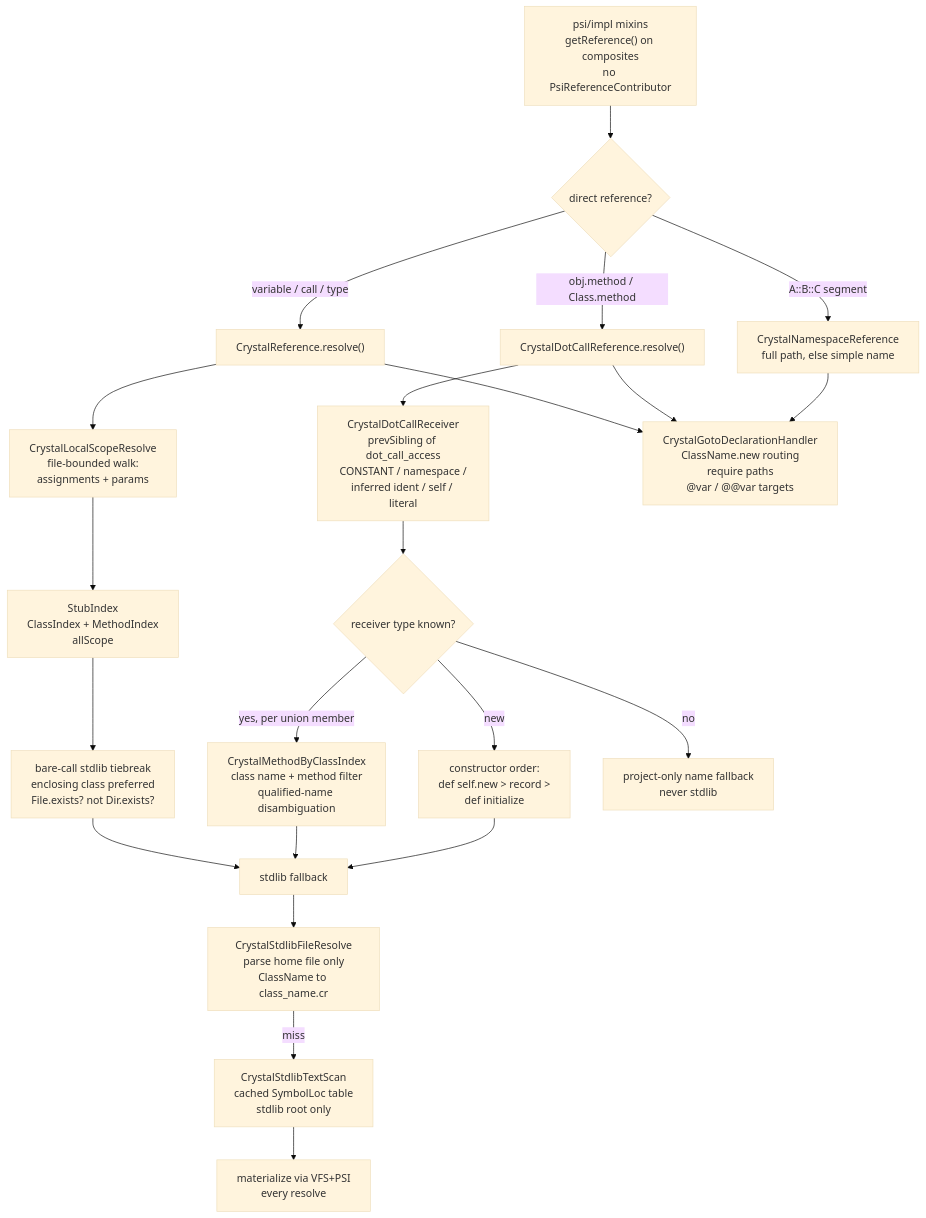
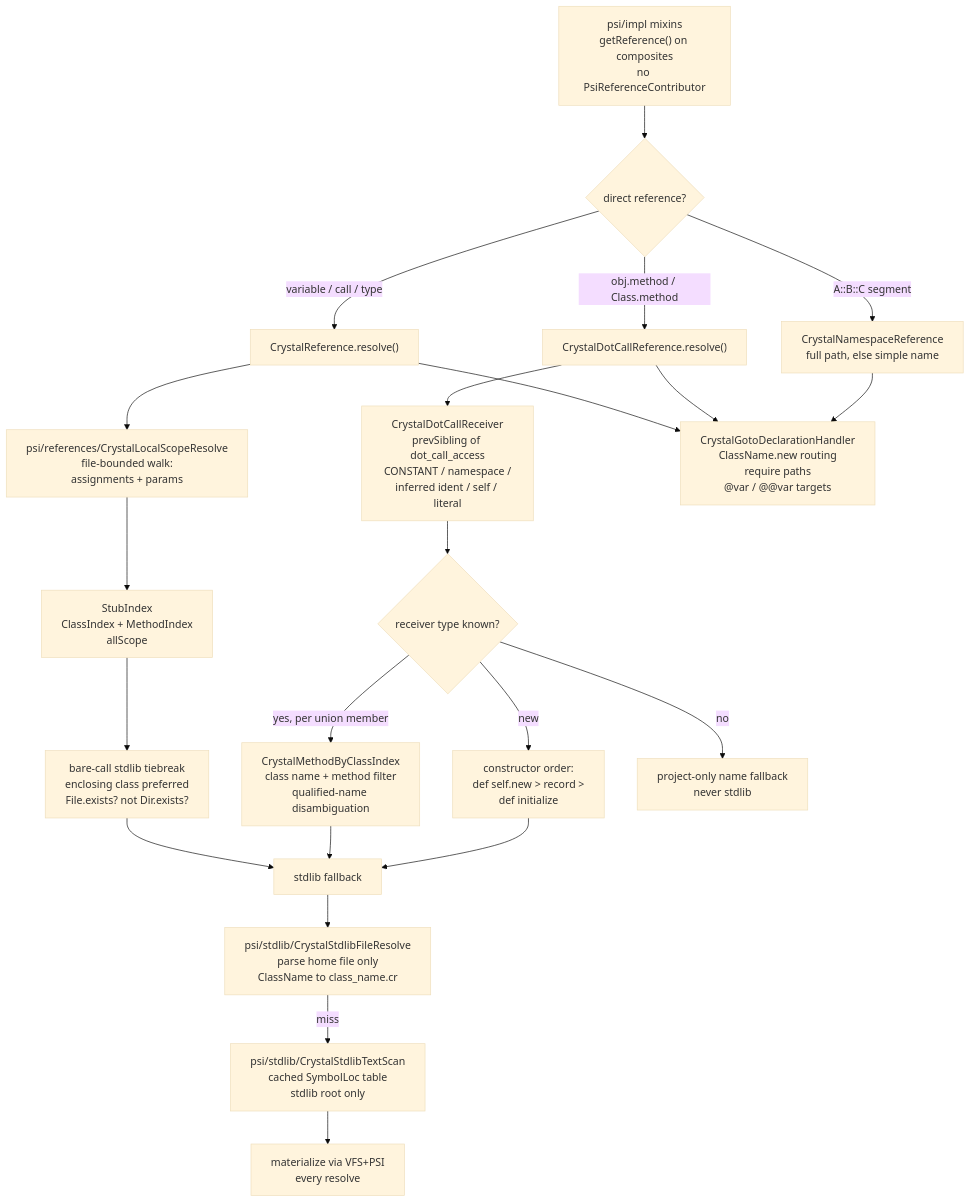
The diagram in docs/diagrams/resolution.mmd (unurgunite/fast-intellij-crystal), drawn with Mermaid (base theme) before and after one commit. The commit also changed 12 other files, not shown here.

Commit message:
[1.0.0] Update README, ARCHITECTURE and diagrams for new package layout

```diff
--- a/docs/diagrams/resolution.mmd
+++ b/docs/diagrams/resolution.mmd
@@ -1,27 +1,27 @@
 flowchart TB
     Mixins["psi/impl mixins\ngetReference() on composites\nno PsiReferenceContributor"]
     Mixins --> Direct{"direct reference?"}
     Direct -->|variable / call / type| CrystalRef["CrystalReference.resolve()"]
     Direct -->|obj.method / Class.method| DotRef["CrystalDotCallReference.resolve()"]
     Direct -->|A::B::C segment| NsRef["CrystalNamespaceReference\nfull path, else simple name"]
 
-    CrystalRef --> LocalScope["CrystalLocalScopeResolve\nfile-bounded walk:\nassignments + params"]
+    CrystalRef --> LocalScope["psi/references/CrystalLocalScopeResolve\nfile-bounded walk:\nassignments + params"]
     LocalScope --> StubIdx["StubIndex\nClassIndex + MethodIndex\nallScope"]
     StubIdx --> Tiebreak["bare-call stdlib tiebreak\nenclosing class preferred\nFile.exists? not Dir.exists?"]
     Tiebreak --> StdlibFB["stdlib fallback"]
 
     DotRef --> RecvScan["CrystalDotCallReceiver\nprevSibling of dot_call_access\nCONSTANT / namespace /\ninferred ident / self / literal"]
     RecvScan --> Known{"receiver type known?"}
     Known -->|yes, per union member| ByClass["CrystalMethodByClassIndex\nclass name + method filter\nqualified-name disambiguation"]
     Known -->|new| Ctor["constructor order:\ndef self.new > record >\ndef initialize"]
     Known -->|no| ProjFallback["project-only name fallback\nnever stdlib"]
     ByClass --> StdlibFB
     Ctor --> StdlibFB
 
-    StdlibFB --> HomeFile["CrystalStdlibFileResolve\nparse home file only\nClassName to class_name.cr"]
-    HomeFile -->|miss| TextScan["CrystalStdlibTextScan\ncached SymbolLoc table\nstdlib root only"]
+    StdlibFB --> HomeFile["psi/stdlib/CrystalStdlibFileResolve\nparse home file only\nClassName to class_name.cr"]
+    HomeFile -->|miss| TextScan["psi/stdlib/CrystalStdlibTextScan\ncached SymbolLoc table\nstdlib root only"]
     TextScan --> Materialize["materialize via VFS+PSI\nevery resolve"]
 
     CrystalRef --> GotoHandler["CrystalGotoDeclarationHandler\nClassName.new routing\nrequire paths\n@var / @@var targets"]
     DotRef --> GotoHandler
     NsRef --> GotoHandler
```
